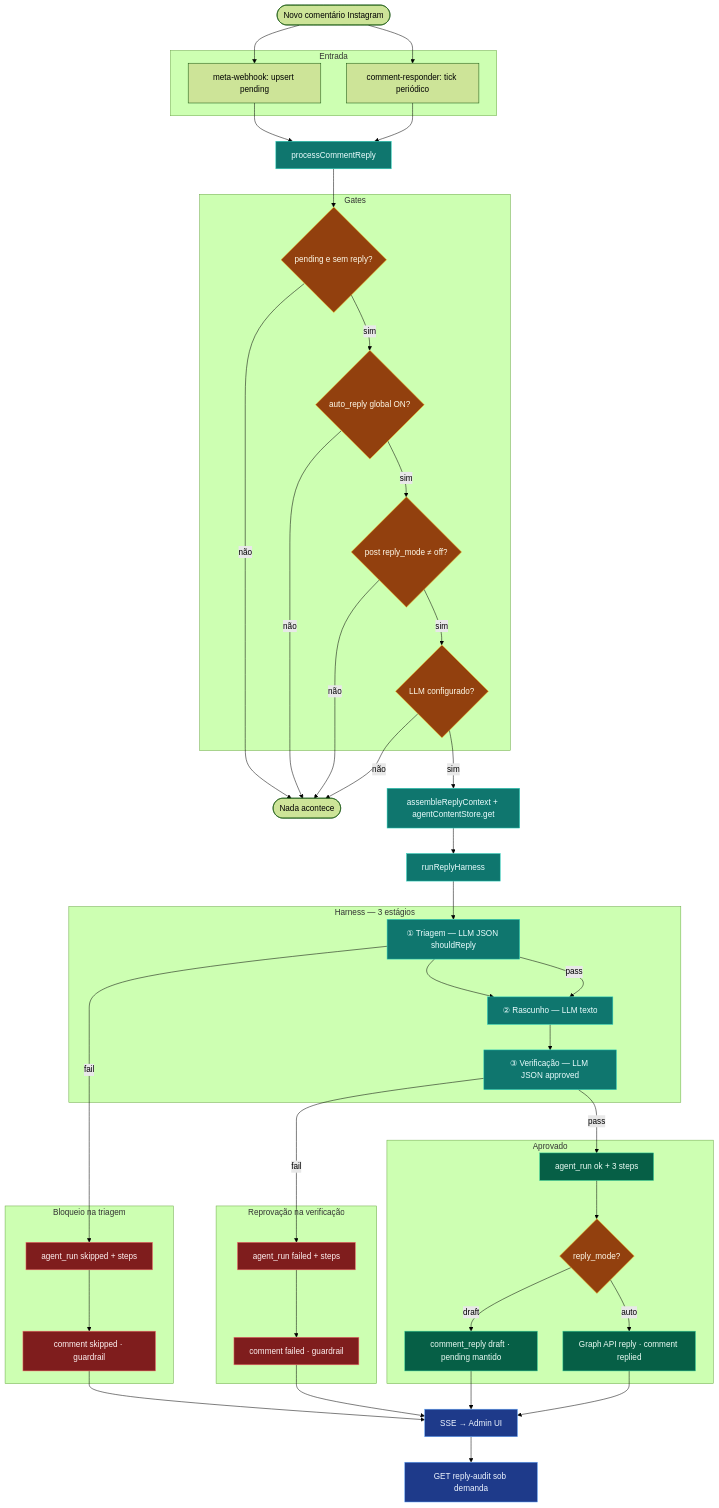
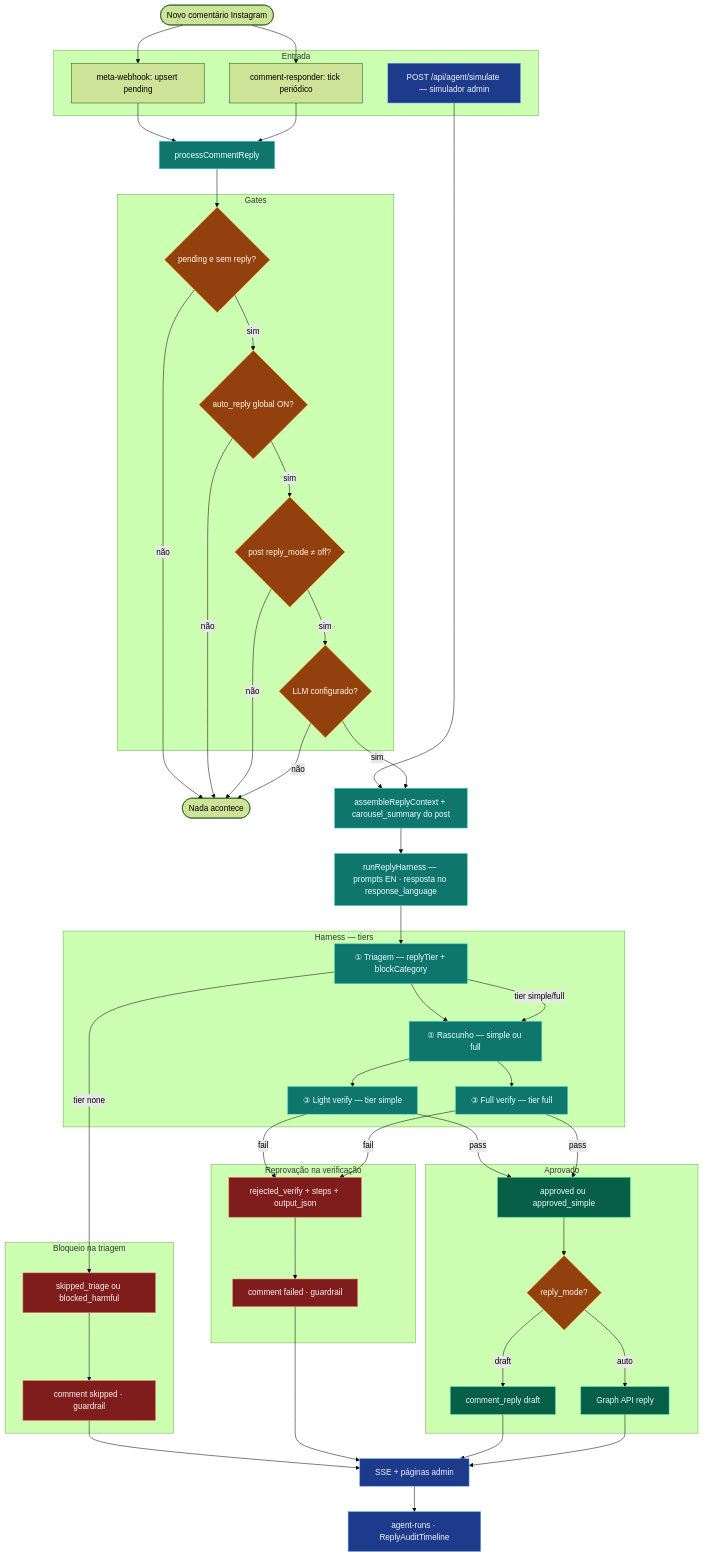
The diagram in docs/architecture/diagrams/iris-reply-agent-flow.md (colabcolibri/iris), drawn with Mermaid (forest theme) before and after one commit. The commit also changed other lines of this file and 112 other files, not shown here.

First line of the commit message:
feat(iris-app): harness v2, simulador, carousel summary e UI operacional

````diff
--- a/docs/architecture/diagrams/iris-reply-agent-flow.md
+++ b/docs/architecture/diagrams/iris-reply-agent-flow.md
@@ -15,6 +15,7 @@
   subgraph IN ["Entrada"]
     WH["meta-webhook: upsert pending"]
     WRK["comment-responder: tick periódico"]
+    SIM["POST /api/agent/simulate — simulador admin"]
   end
 
   PCR["processCommentReply"]
@@ -28,40 +29,44 @@
 
   STOP([Nada acontece])
 
-  CTX["assembleReplyContext + agentContentStore.get"]
-  HARNESS["runReplyHarness"]
+  CTX["assembleReplyContext + carousel_summary do post"]
+  HARNESS["runReplyHarness — prompts EN · resposta no response_language"]
 
-  subgraph STAGES ["Harness — 3 estágios"]
-    S1["① Triagem — LLM JSON shouldReply"]
-    S2["② Rascunho — LLM texto"]
-    S3["③ Verificação — LLM JSON approved"]
-    S1 --> S2 --> S3
+  subgraph STAGES ["Harness — tiers"]
+    S1["① Triagem — replyTier + blockCategory"]
+    S2["② Rascunho — simple ou full"]
+    S3S["③ Light verify — tier simple"]
+    S3F["③ Full verify — tier full"]
+    S1 --> S2
+    S2 --> S3S
+    S2 --> S3F
   end
 
   subgraph OUT_SKIP ["Bloqueio na triagem"]
-    OS1["agent_run skipped + steps"]
+    OS1["skipped_triage ou blocked_harmful"]
     OS2["comment skipped · guardrail"]
   end
 
   subgraph OUT_FAIL ["Reprovação na verificação"]
-    OF1["agent_run failed + steps"]
+    OF1["rejected_verify + steps + output_json"]
     OF2["comment failed · guardrail"]
   end
 
   subgraph OUT_OK ["Aprovado"]
-    OK1["agent_run ok + 3 steps"]
+    OK1["approved ou approved_simple"]
     OK2{reply_mode?}
-    OK3["comment_reply draft · pending mantido"]
-    OK4["Graph API reply · comment replied"]
+    OK3["comment_reply draft"]
+    OK4["Graph API reply"]
   end
 
-  UI["SSE → Admin UI"]
-  AUD["GET reply-audit sob demanda"]
+  UI["SSE + páginas admin"]
+  AUD["agent-runs · ReplyAuditTimeline"]
 
   START --> WH
   START --> WRK
   WH --> PCR
   WRK --> PCR
+  SIM --> CTX
 
   PCR --> G1
   G1 -->|não| STOP
@@ -76,10 +81,13 @@
   CTX --> HARNESS
   HARNESS --> S1
 
-  S1 -->|fail| OS1 --> OS2
-  S1 -->|pass| S2
-  S3 -->|fail| OF1 --> OF2
-  S3 -->|pass| OK1 --> OK2
+  S1 -->|tier none| OS1 --> OS2
+  S1 -->|tier simple/full| S2
+  S3S -->|fail| OF1 --> OF2
+  S3F -->|fail| OF1
+  S3S -->|pass| OK1
+  S3F -->|pass| OK1
+  OK1 --> OK2
   OK2 -->|draft| OK3
   OK2 -->|auto| OK4
 
@@ -96,8 +104,8 @@
   classDef ui fill:#1e3a8a,stroke:#60a5fa,color:#eff6ff
 
   class G1,G2,G3,G4,OK2 gate
-  class S1,S2,S3,PCR,CTX,HARNESS stage
+  class S1,S2,S3S,S3F,PCR,CTX,HARNESS stage
   class OS1,OS2,OF1,OF2 block
   class OK1,OK3,OK4 ok
-  class UI,AUD ui
+  class UI,AUD,SIM ui
 ```
````
